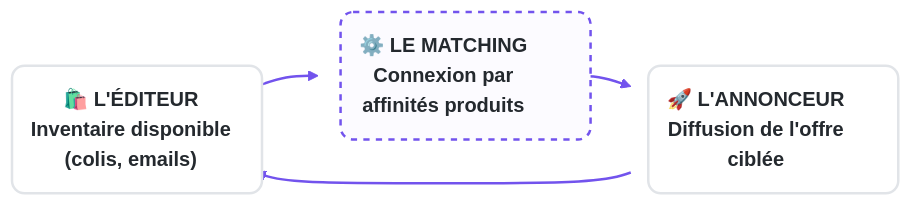
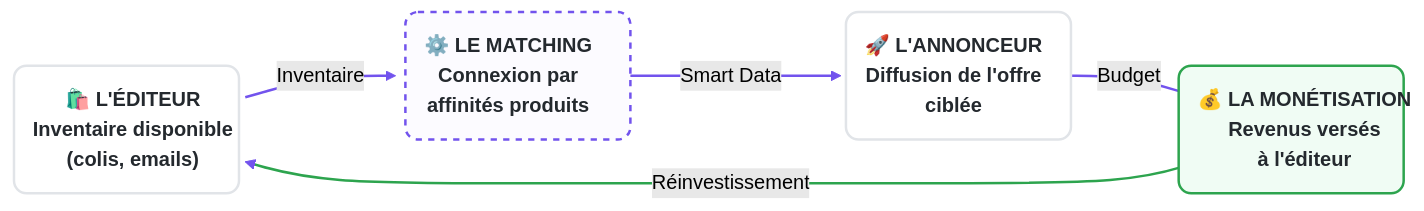
The diagram in docs/fr/start-here/why-it-works.md (getinside-ops/handbook), drawn with Mermaid (forest theme) before and after one commit.

Commit message:
update content

```diff
--- a/docs/fr/start-here/why-it-works.md
+++ b/docs/fr/start-here/why-it-works.md
@@ -17,19 +17,27 @@
 <div class="mermaid">
 %%{ init: { 'flowchart': { 'curve': 'basis' } } }%%
 flowchart LR;
     A("🛍️ L'ÉDITEUR<br/>Inventaire disponible<br/>(colis, emails)");
     B("⚙️ LE MATCHING<br/>Connexion par<br/>affinités produits");
     C("🚀 L'ANNONCEUR<br/>Diffusion de l'offre<br/>ciblée");
+    D("💰 LA MONÉTISATION<br/>Revenus versés<br/>à l'éditeur");
 
-    A-->B;
-    B-->C;
-    C-->A;
+    %% Connexions avec étiquettes pour expliquer le flux
+    A -->|Inventaire| B;
+    B -->|Smart Data| C;
+    C -->|Budget| D;
+    D -->|Réinvestissement| A;
 
-    classDef default fill:#fff,stroke:#e1e4e8,stroke-width:2px,rx:10,ry:10,color:#24292e,width:200px,font-weight:bold;
-    classDef matchingNode fill:#fcfbff,stroke:#7253ed,stroke-width:2px,stroke-dasharray: 5 5,rx:10,ry:10,color:#24292e,width:200px,font-weight:bold;
-    
+    %% Styles des boîtes
+    classDef default fill:#fff,stroke:#e1e4e8,stroke-width:2px,rx:10,ry:10,color:#24292e,width:180px,font-weight:bold;
+    classDef matchingNode fill:#fcfbff,stroke:#7253ed,stroke-width:2px,stroke-dasharray: 5 5,rx:10,ry:10,color:#24292e,width:180px,font-weight:bold;
+    classDef moneyNode fill:#f0fcf4,stroke:#2da44e,stroke-width:2px,rx:10,ry:10,color:#24292e,width:180px,font-weight:bold;
+
     class A,C default;
     class B matchingNode;
-    
-    linkStyle 0,1,2 stroke:#7253ed,stroke-width:2px,fill:none;
+    class D moneyNode;
+
+    %% Styles des flèches et du texte sur les flèches
+    linkStyle default stroke:#7253ed,stroke-width:2px,fill:none;
+    linkStyle 3 stroke:#2da44e,stroke-width:2px; 
 </div>
```
